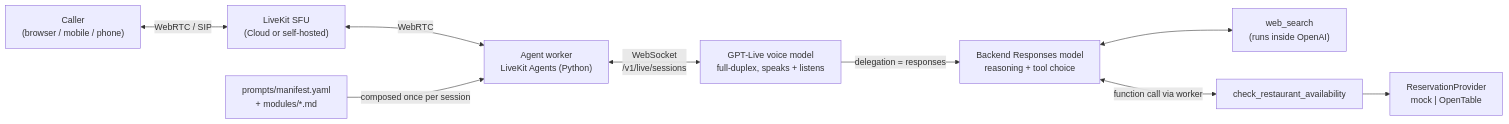
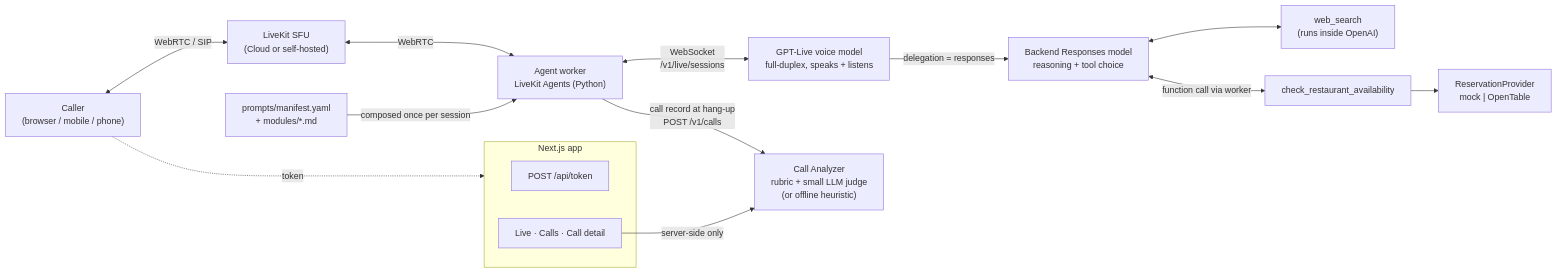
Before and after one commit to andreasbloomquist/gpt-live-demo: the first of 2 diagrams in README.md, drawn with Mermaid. The commit also changed other lines of this file and 20 other files, not shown here.

````diff
--- a/README.md
+++ b/README.md
@@ -44,11 +78,18 @@
 ```mermaid
 flowchart LR
     User["Caller<br/>(browser / mobile / phone)"] <-->|"WebRTC / SIP"| SFU["LiveKit SFU<br/>(Cloud or self-hosted)"]
+    User -.->|"token"| Web
+    subgraph Web["Next.js app"]
+        Token["POST /api/token"]
+        Views["Live · Calls · Call detail"]
+    end
     SFU <-->|"WebRTC"| Worker["Agent worker<br/>LiveKit Agents (Python)"]
     Worker <-->|"WebSocket<br/>/v1/live/sessions"| Voice["GPT-Live voice model<br/>full-duplex, speaks + listens"]
     Voice -->|"delegation = responses"| Brain["Backend Responses model<br/>reasoning + tool choice"]
     Brain <--> WS["web_search<br/>(runs inside OpenAI)"]
     Brain <-->|"function call via worker"| Tool["check_restaurant_availability"]
     Tool --> Provider["ReservationProvider<br/>mock | OpenTable"]
     Prompts["prompts/manifest.yaml<br/>+ modules/*.md"] -->|"composed once per session"| Worker
+    Worker -->|"call record at hang-up<br/>POST /v1/calls"| Analyzer["Call Analyzer<br/>rubric + small LLM judge<br/>(or offline heuristic)"]
+    Views -->|"server-side only"| Analyzer
 ```
````
